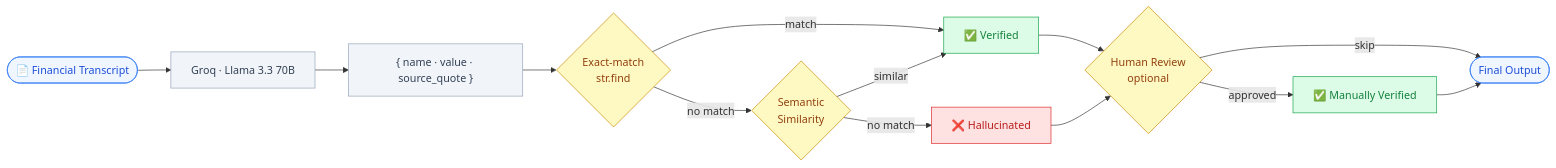
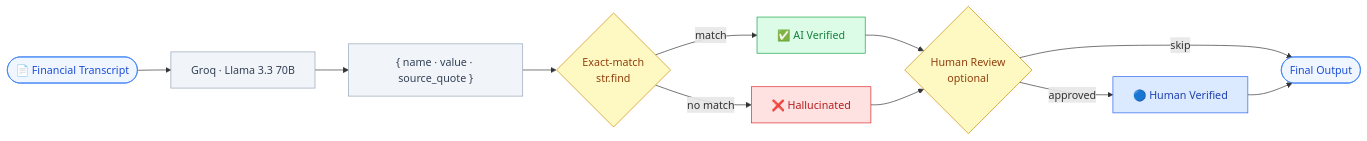
The first of 2 diagrams in README.md (RamyaLakshmiKS/Verifiable-RAG), drawn with Mermaid before and after one commit. The commit also changed other lines of this file, not shown here.

````diff
--- a/README.md
+++ b/README.md
@@ -64,27 +68,27 @@
 ```mermaid
 flowchart LR
     A([📄 Financial Transcript]) --> B[Groq · Llama 3.3 70B]
     B --> C["{ name · value · source_quote }"]
     C --> D{Exact-match\nstr.find}
-    D -- match --> V[✅ Verified]
-    D -- no match --> E{Semantic\nSimilarity}
-    E -- similar --> V
-    E -- no match --> F[❌ Hallucinated]
+    D -- match --> V[✅ AI Verified]
+    D -- no match --> F[❌ Hallucinated]
     V --> HR{Human Review\noptional}
     F --> HR
-    HR -- approved --> MV[✅ Manually Verified]
+    HR -- approved --> MV[🔵 Human Verified]
     HR -- skip --> OUT([Final Output])
     MV --> OUT
 
     classDef verified fill:#dcfce7,stroke:#16a34a,color:#15803d
+    classDef human fill:#dbeafe,stroke:#2563eb,color:#1e40af
     classDef hallucinated fill:#fee2e2,stroke:#dc2626,color:#b91c1c
     classDef process fill:#f1f5f9,stroke:#94a3b8,color:#334155
     classDef decision fill:#fef9c3,stroke:#ca8a04,color:#92400e
     classDef io fill:#eff6ff,stroke:#3b82f6,color:#1d4ed8
 
-    class V,MV verified
+    class V verified
+    class MV human
     class F hallucinated
     class B,C process
-    class D,E,HR decision
+    class D,HR decision
     class A,OUT io
 ```
````
